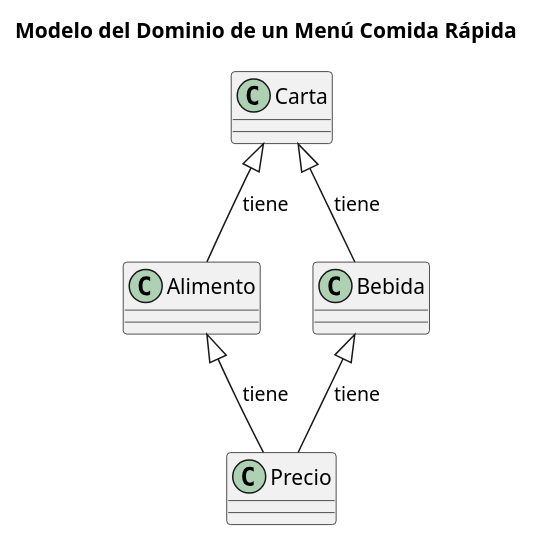
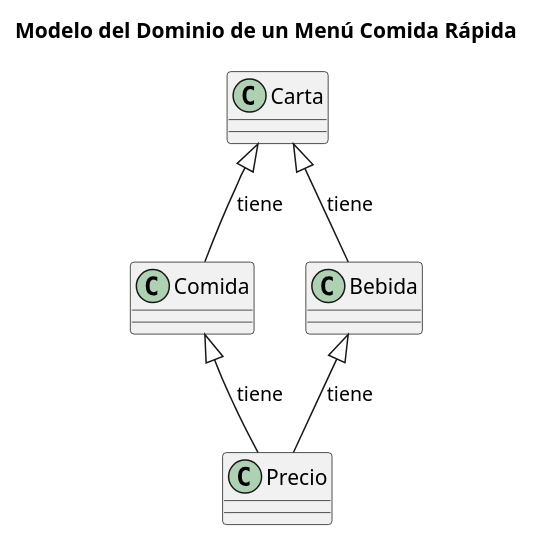
The diagram in entregas/rodriguezJavier/ModeloDelDominio/MenuComidaRapida.puml (mmasias/25-26-IDSW1), drawn with PlantUML before and after one commit.

Commit message:
Reto-001 Menú

```diff
--- a/entregas/rodriguezJavier/ModeloDelDominio/MenuComidaRapida.puml
+++ b/entregas/rodriguezJavier/ModeloDelDominio/MenuComidaRapida.puml
@@ -1,31 +1,31 @@
 @startuml
 
 title Modelo del Dominio de un Menú Comida Rápida
 
 
 class Carta {
     
 }
 
-class Alimento {
+class Comida {
     
 }
 
 
 class Bebida {
     
 }
 
 
 class Precio {
     
 }
 
-Carta <|-- Alimento : tiene
+Carta <|-- Comida : tiene
 Carta <|-- Bebida : tiene
 
-Alimento <|-- Precio : tiene
+Comida <|-- Precio : tiene
 Bebida <|-- Precio : tiene
 
 
 @enduml
```
